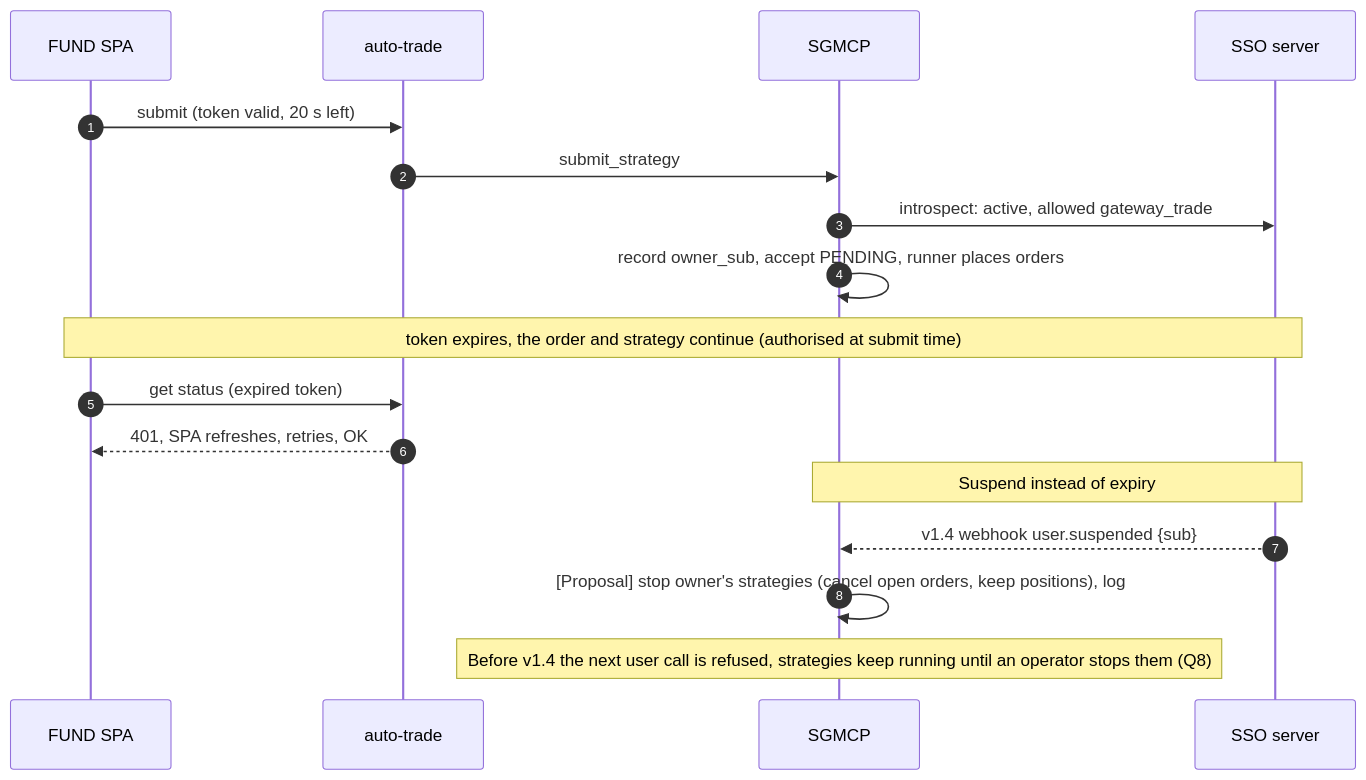
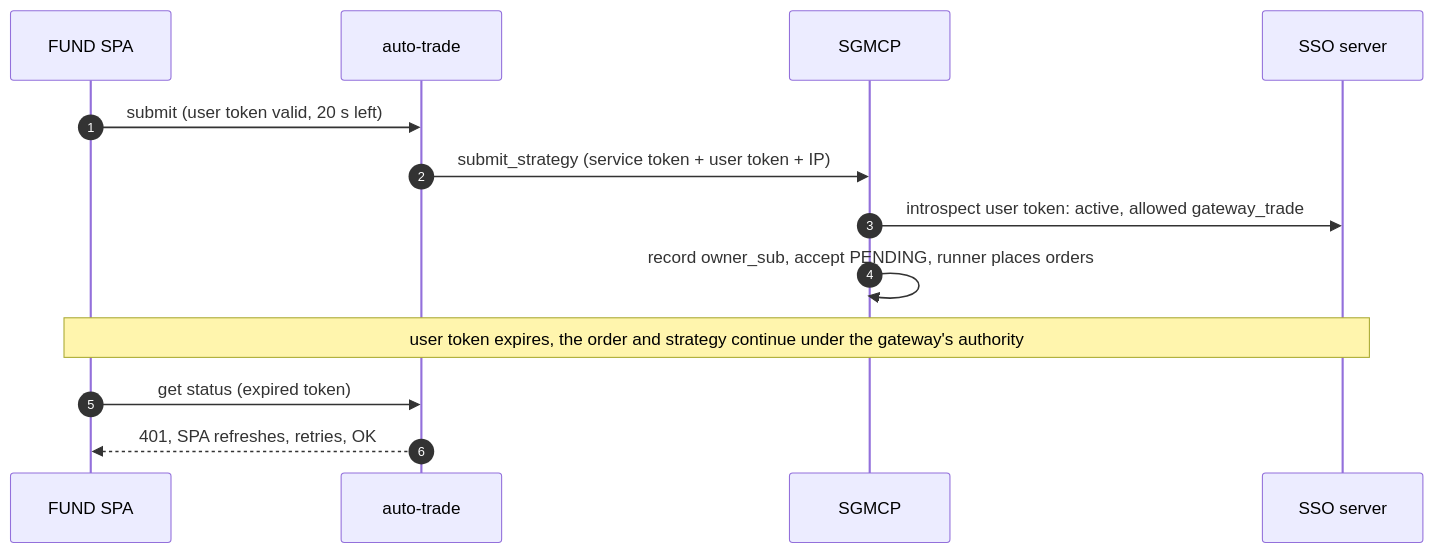
The ninth of 14 diagrams in docs/ECOSYSTEM-INTEGRATION.md (Neural-Matrix-LLC/SSO-server), drawn with Mermaid before and after one commit. The commit also changed other lines of this file and 4 other files, not shown here.

````diff
--- a/docs/ECOSYSTEM-INTEGRATION.md
+++ b/docs/ECOSYSTEM-INTEGRATION.md
@@ -339,19 +409,15 @@
 ```mermaid
 sequenceDiagram
   autonumber
   participant SPA as FUND SPA
   participant AT as auto-trade
   participant GW as SGMCP
   participant SSO as SSO server
-  SPA->>AT: submit (token valid, 20 s left)
-  AT->>GW: submit_strategy
-  GW->>SSO: introspect: active, allowed gateway_trade
+  SPA->>AT: submit (user token valid, 20 s left)
+  AT->>GW: submit_strategy (service token + user token + IP)
+  GW->>SSO: introspect user token: active, allowed gateway_trade
   GW->>GW: record owner_sub, accept PENDING, runner places orders
-  Note over SPA,SSO: token expires, the order and strategy continue (authorised at submit time)
+  Note over SPA,SSO: user token expires, the order and strategy continue under the gateway's authority
   SPA->>AT: get status (expired token)
   AT-->>SPA: 401, SPA refreshes, retries, OK
-  Note over SSO,GW: Suspend instead of expiry
-  SSO-->>GW: v1.4 webhook user.suspended {sub}
-  GW->>GW: [Proposal] stop owner's strategies (cancel open orders, keep positions), log
-  Note over GW: Before v1.4 the next user call is refused, strategies keep running until an operator stops them (Q8)
 ```
````
